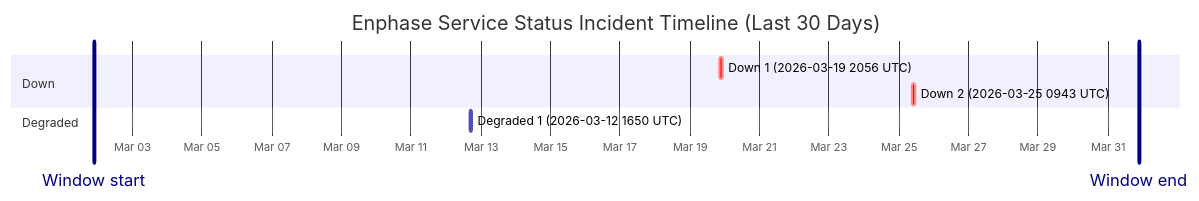
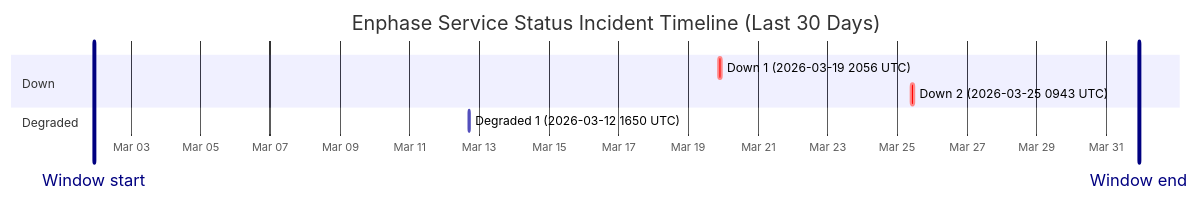
Before and after one commit to barneyonline/ha-enphase-ev-charger: the diagram in wiki/Service-Status-History.md, drawn with Mermaid. The commit also changed other lines of this file and 3 other files, not shown here.

````diff
--- a/wiki/Service-Status-History.md
+++ b/wiki/Service-Status-History.md
@@ -14,13 +14,13 @@
 ```mermaid
 gantt
     title Enphase Service Status Incident Timeline (Last 30 Days)
     dateFormat  YYYY-MM-DDTHH:mm:ss
     axisFormat  %b %d
-    Window start :vert, window-start, 2026-03-01T21:30:05, 0ms
-    Window end :vert, window-end, 2026-03-31T21:30:05, 0ms
+    Window start :vert, window-start, 2026-03-01T22:25:13, 0ms
+    Window end :vert, window-end, 2026-03-31T22:25:13, 0ms
     section Down
     Down 1 (2026-03-19 2056 UTC) :crit, down-1, 2026-03-19T20:56:20, 145m
     Down 2 (2026-03-25 0943 UTC) :crit, down-2, 2026-03-25T09:43:28, 111m
     section Degraded
     Degraded 1 (2026-03-12 1650 UTC) :active, degraded-1, 2026-03-12T16:50:43, 60m
 ```
````
